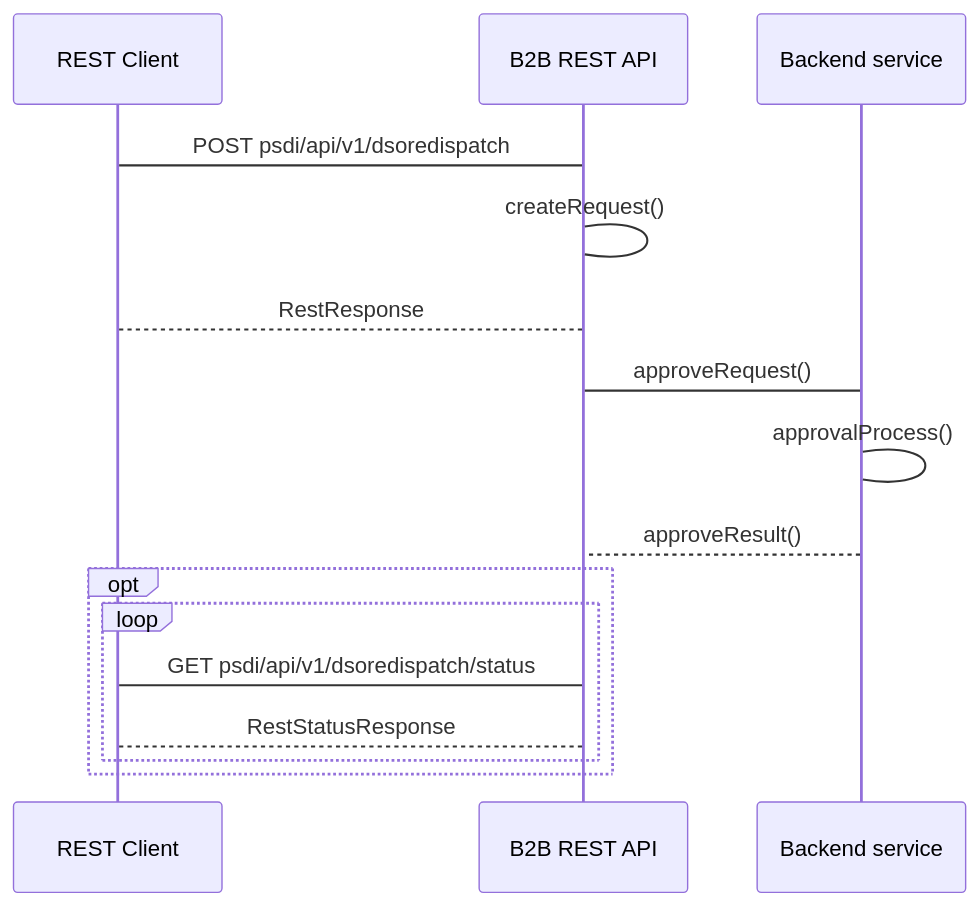
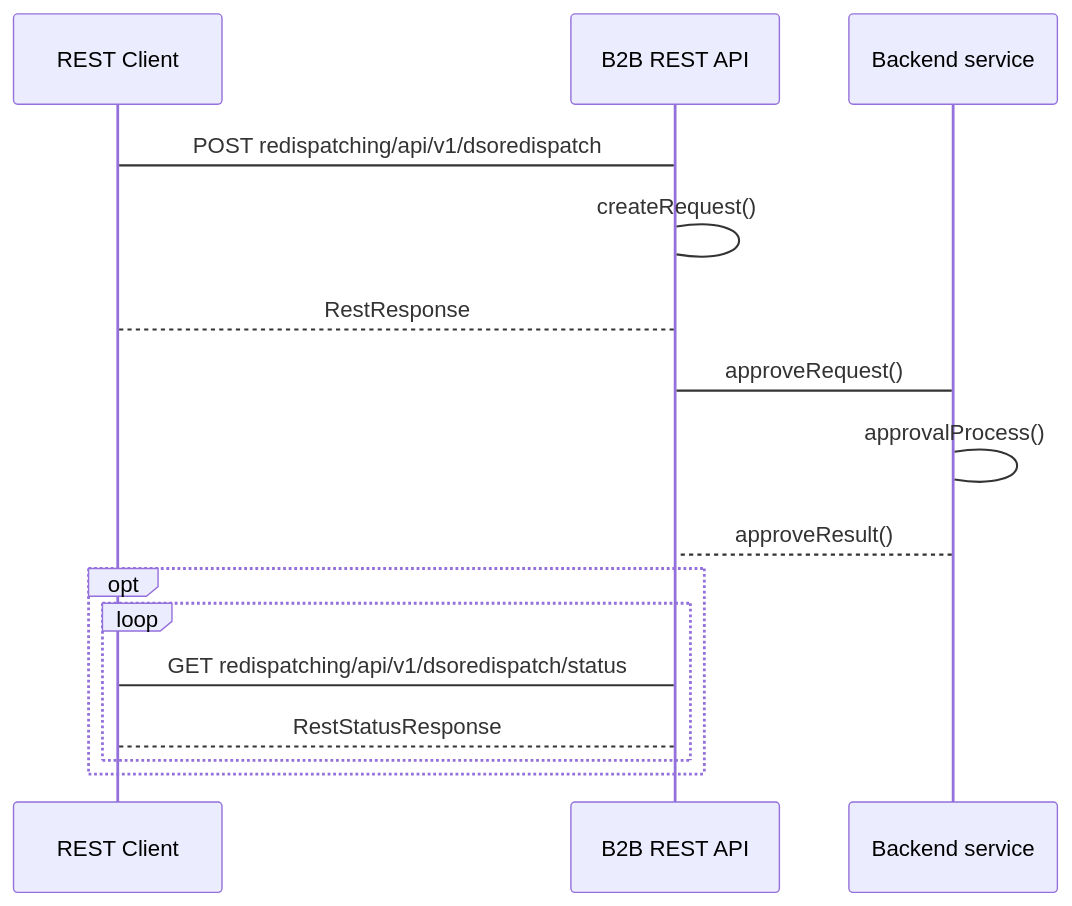
One commit to Polskie-Sieci-Elektroenergetyczne/redispatching-api changed the diagram in docs/komunikat informacji o poleceniach redysponowania wydanych przez OSD.md. Above: the diagram before and after it, drawn with Mermaid. The commit also changed other lines of this file and 7 other files, not shown here.

````diff
--- a/docs/komunikat informacji o poleceniach redysponowania wydanych przez OSD.md
+++ b/docs/komunikat informacji o poleceniach redysponowania wydanych przez OSD.md
@@ -32,18 +32,18 @@
 ```mermaid
 sequenceDiagram
     participant REST Client
     participant B2B REST API
     participant Backend service
-    REST Client->B2B REST API: POST psdi/api/v1/dsoredispatch	
+    REST Client->B2B REST API: POST redispatching/api/v1/dsoredispatch	
     B2B REST API->B2B REST API: createRequest()
     B2B REST API-->REST Client: RestResponse
     B2B REST API->Backend service: approveRequest()
     Backend service->Backend service: approvalProcess()
     Backend service-->B2B REST API: approveResult()        
     opt
       loop  
-        REST Client->B2B REST API: GET psdi/api/v1/dsoredispatch/status
+        REST Client->B2B REST API: GET redispatching/api/v1/dsoredispatch/status
         B2B REST API-->REST Client: RestStatusResponse
       end
     end  
 ```
````
